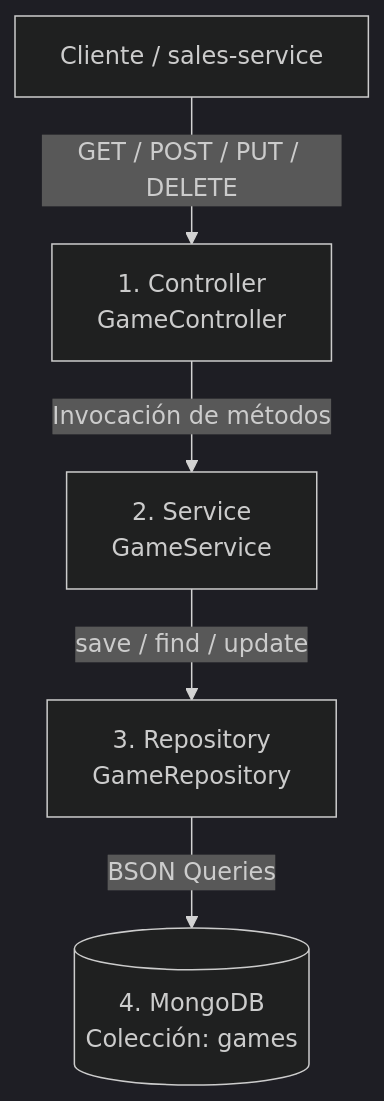
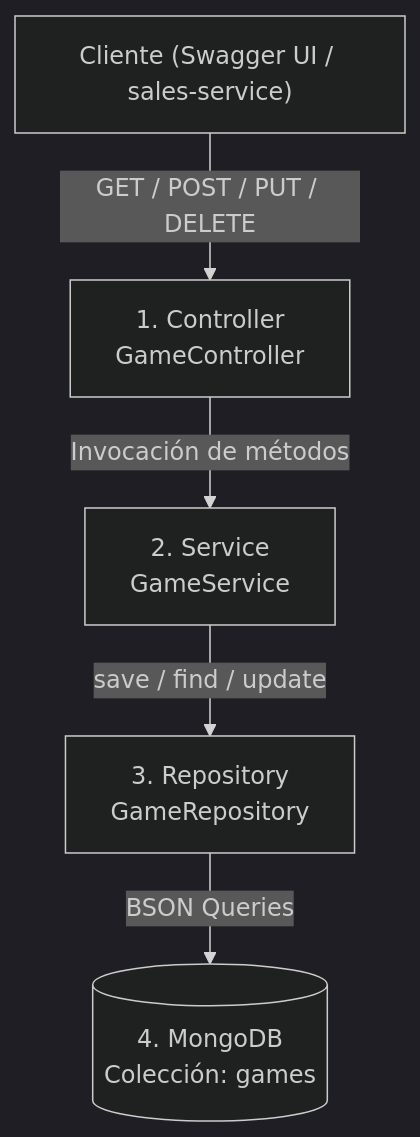
The second of 4 diagrams in README.md (Alger125/catalog-service), drawn with Mermaid (dark theme) before and after one commit. The commit also changed other lines of this file and 5 other files, not shown here.

````diff
--- a/README.md
+++ b/README.md
@@ -112,13 +115,13 @@
 ```mermaid
 flowchart TB
-    EXT["Cliente / sales-service"]
+    EXT["Cliente (Swagger UI / sales-service)"]
     CTRL["1. Controller<br/>GameController"]
     SVC["2. Service<br/>GameService"]
     REPO["3. Repository<br/>GameRepository"]
     DB[("4. MongoDB<br/>Colección: games")]
 
     EXT -->|"GET / POST / PUT / DELETE"| CTRL
     CTRL -->|"Invocación de métodos"| SVC
     SVC -->|"save / find / update"| REPO
     REPO -->|"BSON Queries"| DB
 ```
````
